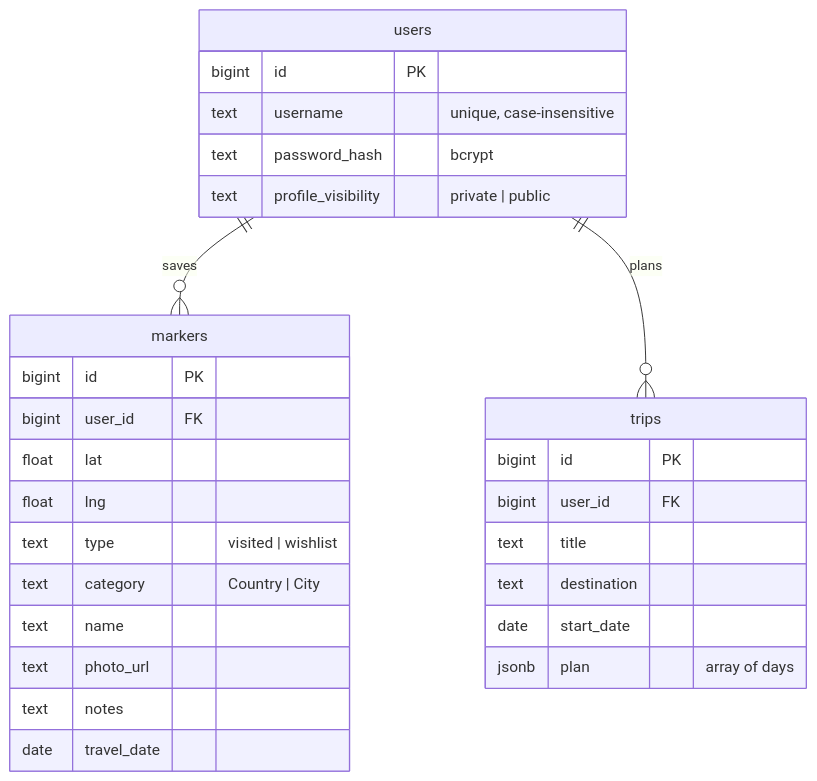
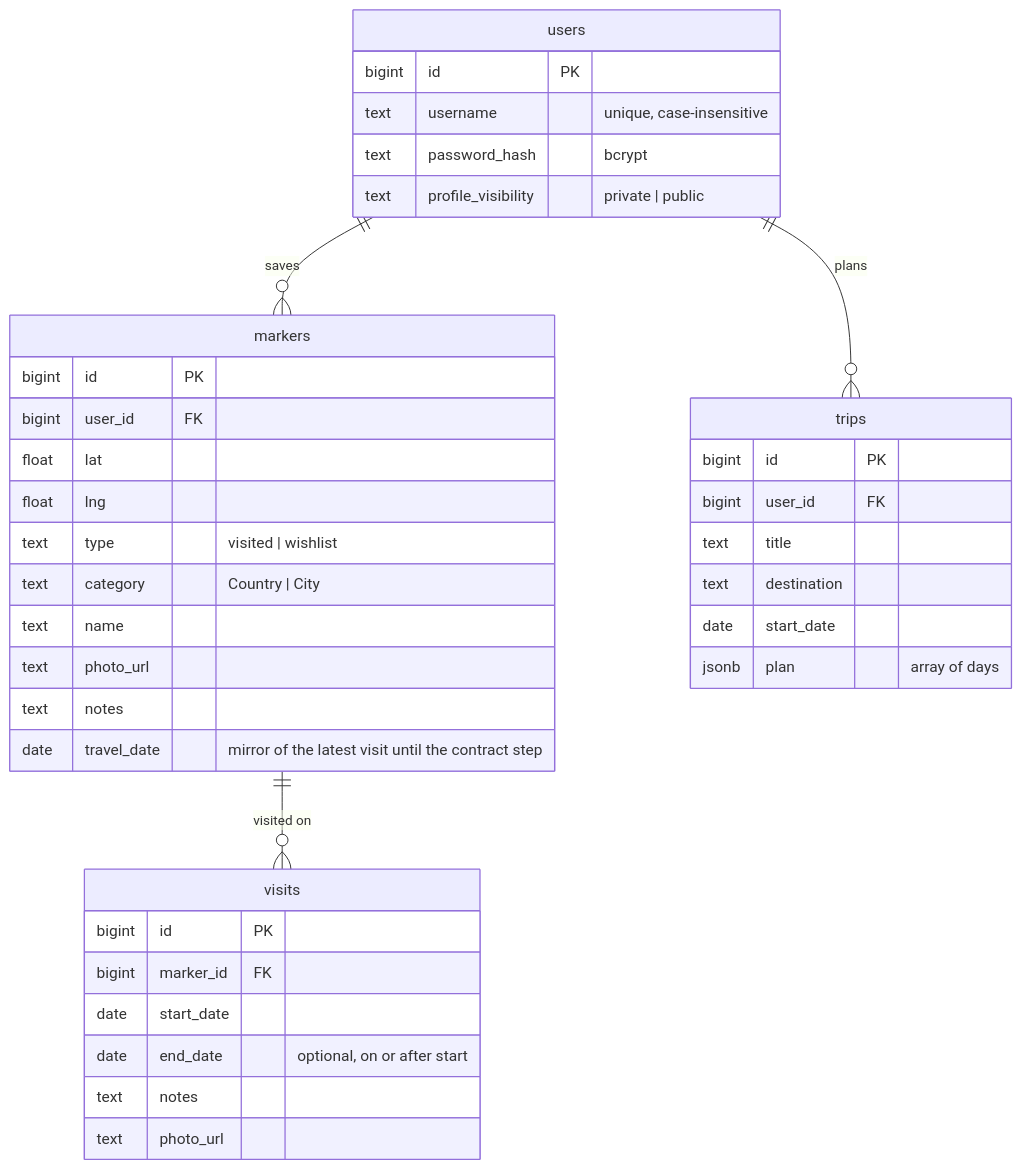
One commit to chefzaid/travelmapster changed the diagram in docs/data-model.md. Above: the diagram before and after it, drawn with Mermaid. The commit also changed other lines of this file and 28 other files, not shown here.

First line of the commit message:
Record every visit to a place with its own dates, notes and photo link

````diff
--- a/docs/data-model.md
+++ b/docs/data-model.md
@@ -8,31 +8,40 @@
 ```mermaid
 erDiagram
     users ||--o{ markers : saves
+    markers ||--o{ visits : "visited on"
     users ||--o{ trips : plans
     users {
         bigint id PK
         text username "unique, case-insensitive"
         text password_hash "bcrypt"
         text profile_visibility "private | public"
     }
     markers {
         bigint id PK
         bigint user_id FK
         float lat
         float lng
         text type "visited | wishlist"
         text category "Country | City"
         text name
         text photo_url
         text notes
-        date travel_date
+        date travel_date "mirror of the latest visit until the contract step"
+    }
+    visits {
+        bigint id PK
+        bigint marker_id FK
+        date start_date
+        date end_date "optional, on or after start"
+        text notes
+        text photo_url
     }
     trips {
         bigint id PK
         bigint user_id FK
         text title
         text destination
         date start_date
         jsonb plan "array of days"
     }
 ```
````
